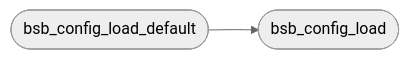
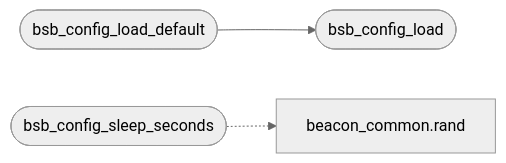
One commit to grisuno/blacksandbeacon changed the diagram in readmenator-apidocs/modules/include.config.c.md. Above: the diagram before and after it, drawn with Mermaid (neutral theme). The commit also changed other lines of this file and 119 other files, not shown here.

````diff
--- a/readmenator-apidocs/modules/include.config.c.md
+++ b/readmenator-apidocs/modules/include.config.c.md
@@ -14,6 +14,9 @@
 ```mermaid
 flowchart LR
     n_include_config_c__bsb_config_load_default(["bsb_config_load_default"])
     n_include_config_c__bsb_config_load(["bsb_config_load"])
+    n_include_config_c__bsb_config_sleep_seconds(["bsb_config_sleep_seconds"])
+    n_include_beacon_common_c__rand["beacon_common.rand"]
     n_include_config_c__bsb_config_load_default --> n_include_config_c__bsb_config_load
+    n_include_config_c__bsb_config_sleep_seconds -.-> n_include_beacon_common_c__rand
 ```
````
